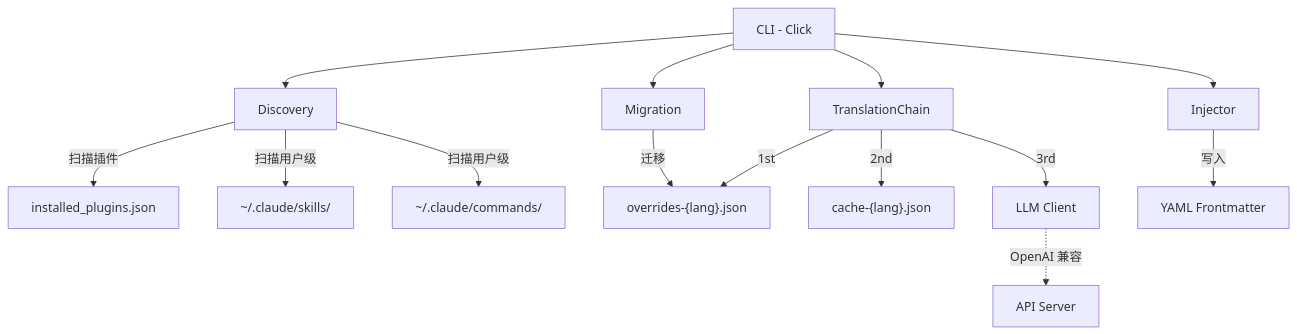
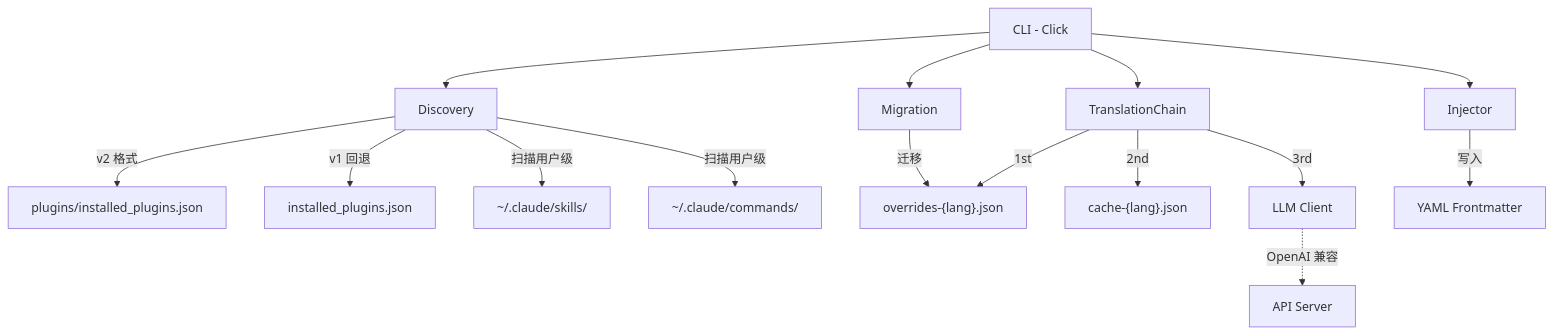
Before and after one commit to debug-zhuweijian/claude-translator: the second of 2 diagrams in README.zh-CN.md, drawn with Mermaid. The commit also changed other lines of this file and 4 other files, not shown here.

````diff
--- a/README.zh-CN.md
+++ b/README.zh-CN.md
@@ -183,20 +232,21 @@
 ```mermaid
 graph TB
     CLI[CLI - Click] --> DISC[Discovery]
     CLI --> TRANS[TranslationChain]
     CLI --> INJ[Injector]
     CLI --> MIGR[Migration]
 
-    DISC --> |扫描插件| PLUGIN[installed_plugins.json]
-    DISC --> |扫描用户级| USER[~/.claude/skills/]
-    DISC --> |扫描用户级| USERC[~/.claude/commands/]
+    DISC --> |v2 格式| V2["plugins/installed_plugins.json"]
+    DISC --> |v1 回退| V1["installed_plugins.json"]
+    DISC --> |扫描用户级| USER["~/.claude/skills/"]
+    DISC --> |扫描用户级| USERC["~/.claude/commands/"]
 
     TRANS --> |1st| OV["overrides-{lang}.json"]
     TRANS --> |2nd| CACHE["cache-{lang}.json"]
     TRANS --> |3rd| LLM[LLM Client]
 
     INJ --> |写入| FM[YAML Frontmatter]
     MIGR --> |迁移| OV
 
     LLM -.-> |OpenAI 兼容| API[API Server]
 ```
````
